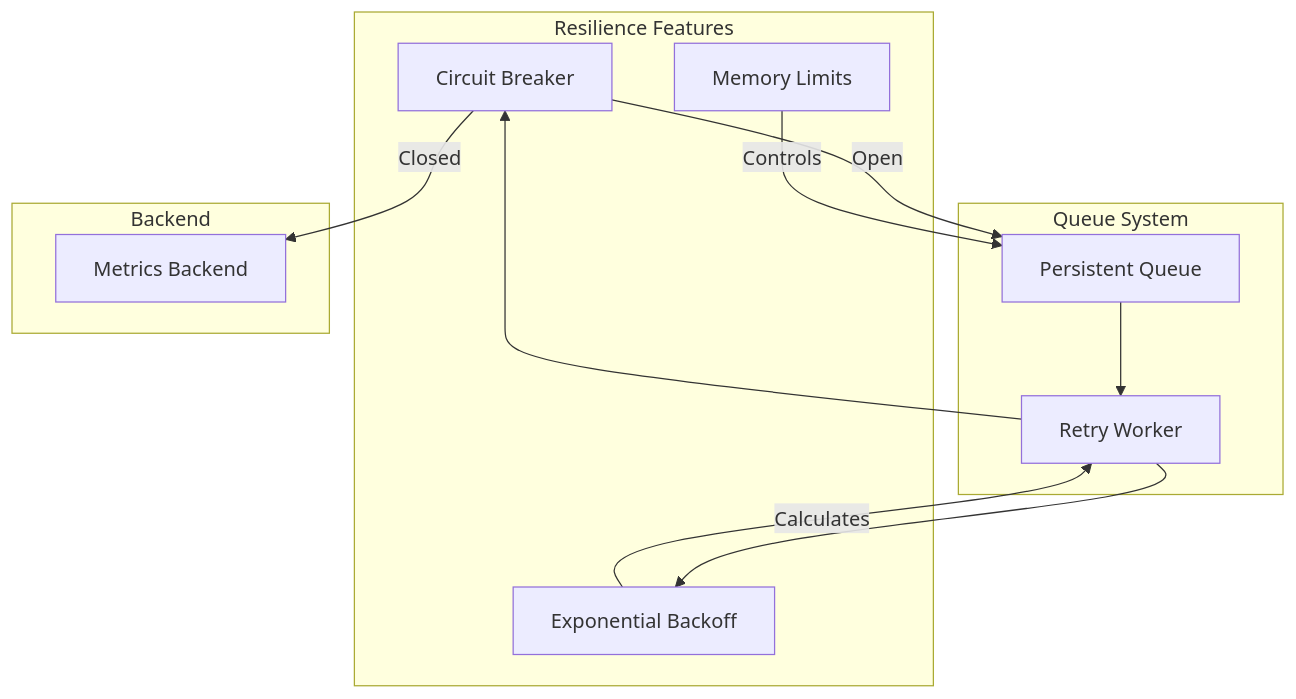
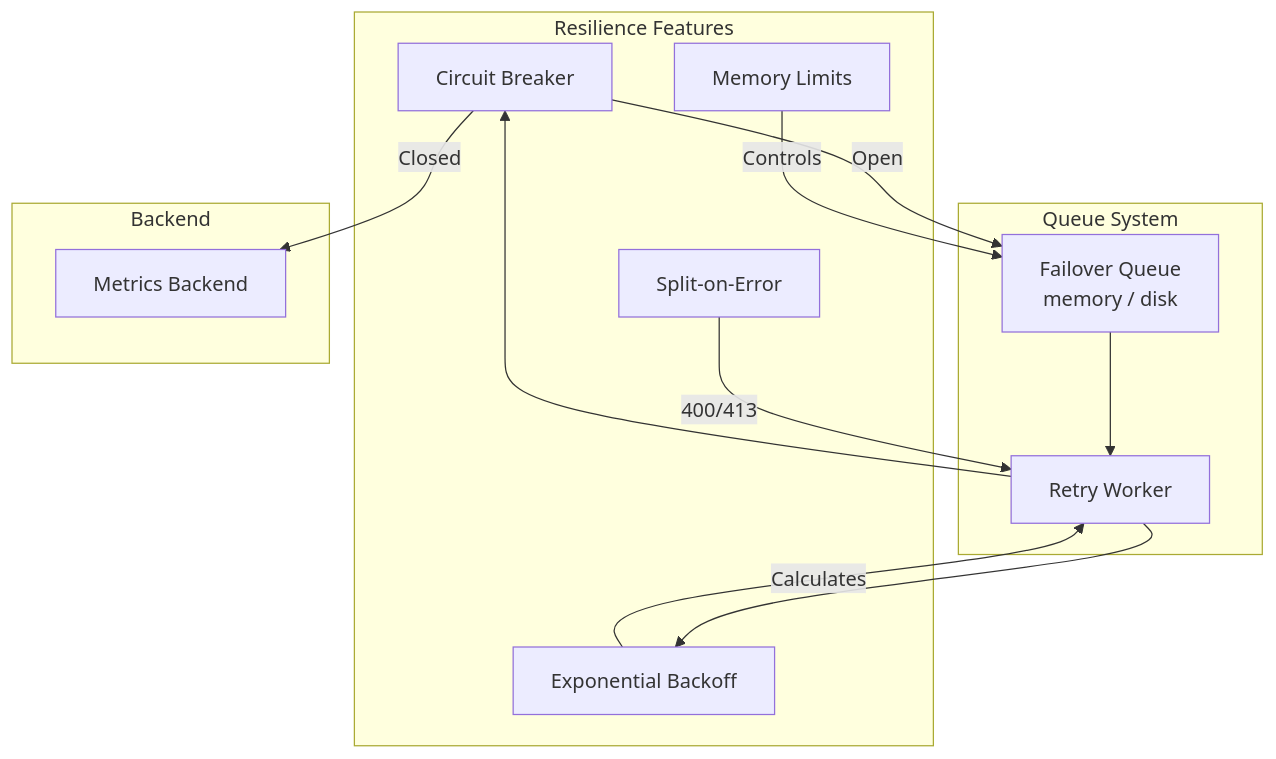
The first of 6 diagrams in docs/resilience.md (szibis/metrics-governor), drawn with Mermaid before and after one commit. The commit also changed other lines of this file and 20 other files, not shown here.

First line of the commit message:
feat: byte-aware batch splitting, concurrent exports, failover queue

````diff
--- a/docs/resilience.md
+++ b/docs/resilience.md
@@ -9,25 +9,27 @@
 ```mermaid
 graph TB
     subgraph "Resilience Features"
         CB[Circuit Breaker]
         BO[Exponential Backoff]
+        SOE[Split-on-Error]
         ML[Memory Limits]
     end
 
     subgraph "Queue System"
-        Q[Persistent Queue]
+        FQ[Failover Queue<br/>memory / disk]
         R[Retry Worker]
     end
 
     subgraph "Backend"
         BE[Metrics Backend]
     end
 
-    Q --> R
+    FQ --> R
     R --> CB
     CB -->|Closed| BE
-    CB -->|Open| Q
+    CB -->|Open| FQ
     R --> BO
     BO -->|Calculates| R
-    ML -->|Controls| Q
+    SOE -->|"400/413"| R
+    ML -->|Controls| FQ
 ```
````
